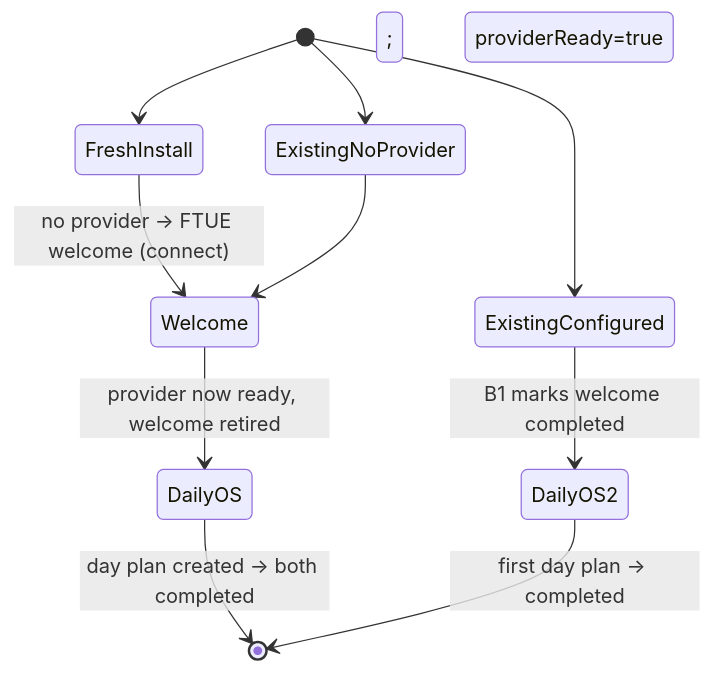
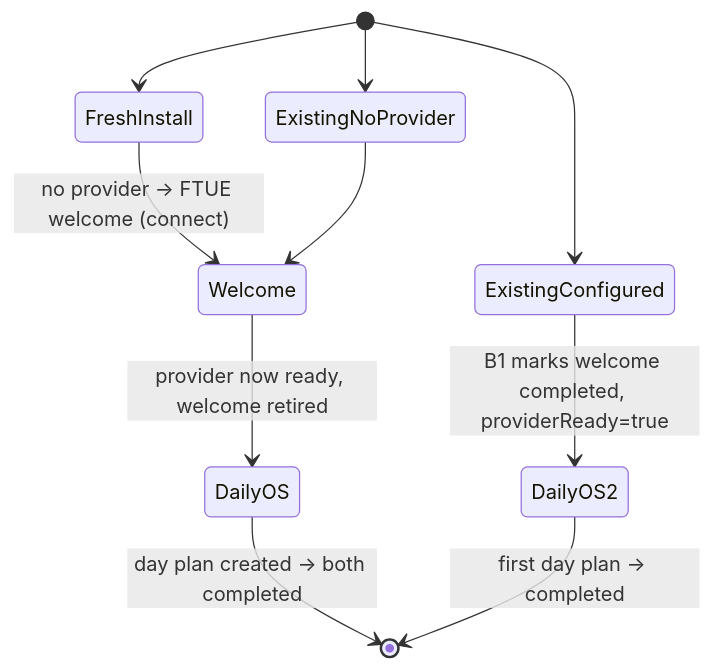
Before and after one commit to matthiasn/lotti: the second of 2 diagrams in docs/implementation_plans/2026-07-15_onboarding_rollout_wiring.md, drawn with Mermaid. The commit also changed 15 other files, not shown here.

````diff
--- a/docs/implementation_plans/2026-07-15_onboarding_rollout_wiring.md
+++ b/docs/implementation_plans/2026-07-15_onboarding_rollout_wiring.md
@@ -209,14 +209,14 @@
 ```mermaid
 stateDiagram-v2
   [*] --> FreshInstall
   FreshInstall --> Welcome: no provider → FTUE welcome (connect)
   Welcome --> DailyOS: provider now ready, welcome retired
   DailyOS --> [*]: day plan created → both completed
 
   [*] --> ExistingConfigured
-  ExistingConfigured --> DailyOS2: B1 marks welcome completed; providerReady=true
+  ExistingConfigured --> DailyOS2: B1 marks welcome completed, providerReady=true
   DailyOS2 --> [*]: first day plan → completed
 
   [*] --> ExistingNoProvider
   ExistingNoProvider --> Welcome
 ```
````
